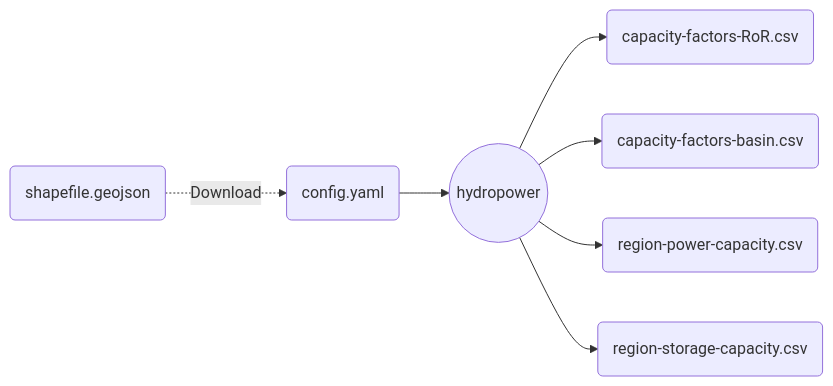
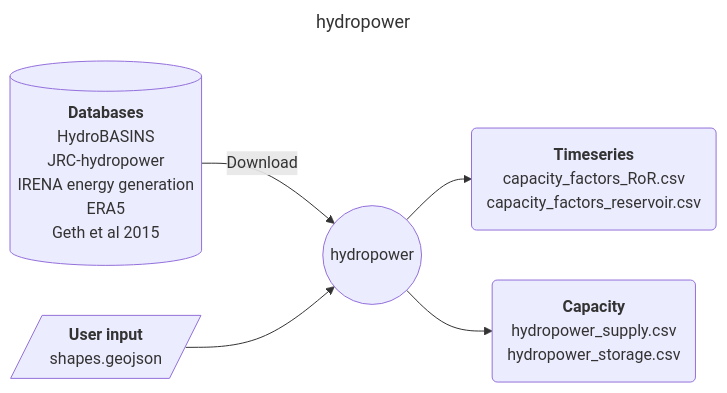
The diagram in modules/hydropower/README.md (calliope-project/ec_modules), drawn with Mermaid before and after one commit. The commit also changed other lines of this file and 26 other files, not shown here.

````diff
--- a/modules/hydropower/README.md
+++ b/modules/hydropower/README.md
@@ -11,9 +9,24 @@
 ```mermaid
+---
+title: hydropower
+---
 flowchart LR
-    I1(shapefile.geojson) -.-> |Download| C
-    C(config.yaml) -->M((hydropower))
-    M --> O1(capacity-factors-RoR.csv)
-    M --> O2(capacity-factors-basin.csv)
-    M --> O3(region-power-capacity.csv)
-    M --> O4(region-storage-capacity.csv)
+    D1[("`**Databases**
+        HydroBASINS
+        JRC-hydropower
+        IRENA energy generation
+        ERA5
+        Geth et al 2015
+    `")] --> |Download| M
+    C1[/"`**User input**
+        shapes.geojson
+    `"/] --> M((hydropower))
+    M --> O1("`**Timeseries**
+        capacity_factors_RoR.csv
+        capacity_factors_reservoir.csv
+        `")
+    M --> O2("`**Capacity**
+        hydropower_supply.csv
+        hydropower_storage.csv
+        `")
 ```
````
